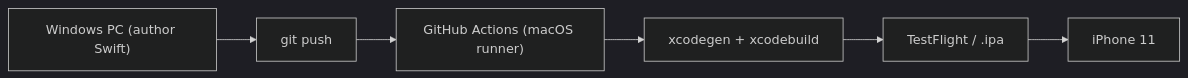
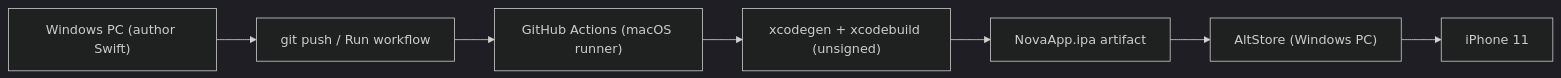
The diagram in Docs/ios-without-mac.md (aweaver92/project-nova), drawn with Mermaid (dark theme) before and after one commit. The commit also changed other lines of this file and 1 other file, not shown here.

Commit message:
CI: build unsigned device .ipa artifact for AltStore (dispatch/tags only); docs

````diff
--- a/Docs/ios-without-mac.md
+++ b/Docs/ios-without-mac.md
@@ -8,8 +9,9 @@
 ```mermaid
 flowchart LR
-    dev["Windows PC (author Swift)"] --> push["git push"]
+    dev["Windows PC (author Swift)"] --> push["git push / Run workflow"]
     push --> ci["GitHub Actions (macOS runner)"]
-    ci --> build["xcodegen + xcodebuild"]
-    build --> tf["TestFlight / .ipa"]
-    tf --> phone["iPhone 11"]
+    ci --> build["xcodegen + xcodebuild (unsigned)"]
+    build --> ipa["NovaApp.ipa artifact"]
+    ipa --> alt["AltStore (Windows PC)"]
+    alt --> phone["iPhone 11"]
 ```
````
